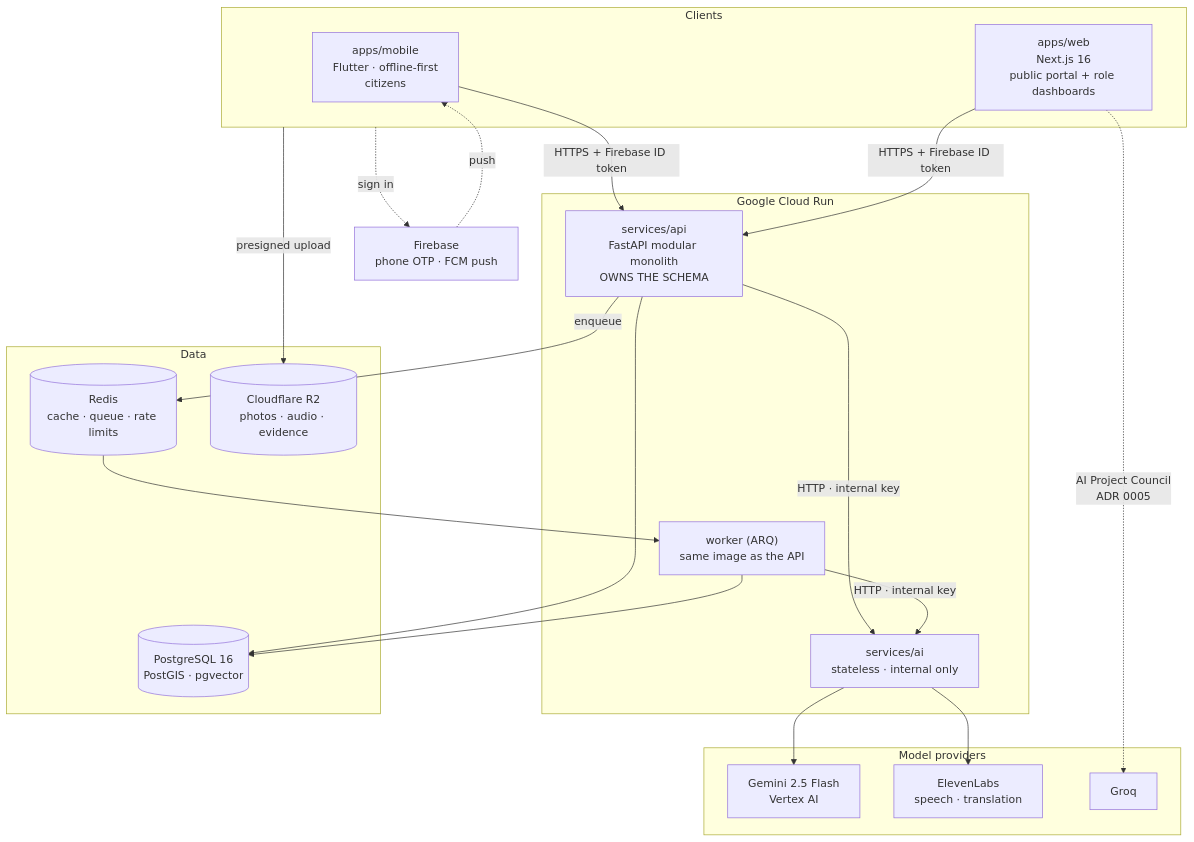
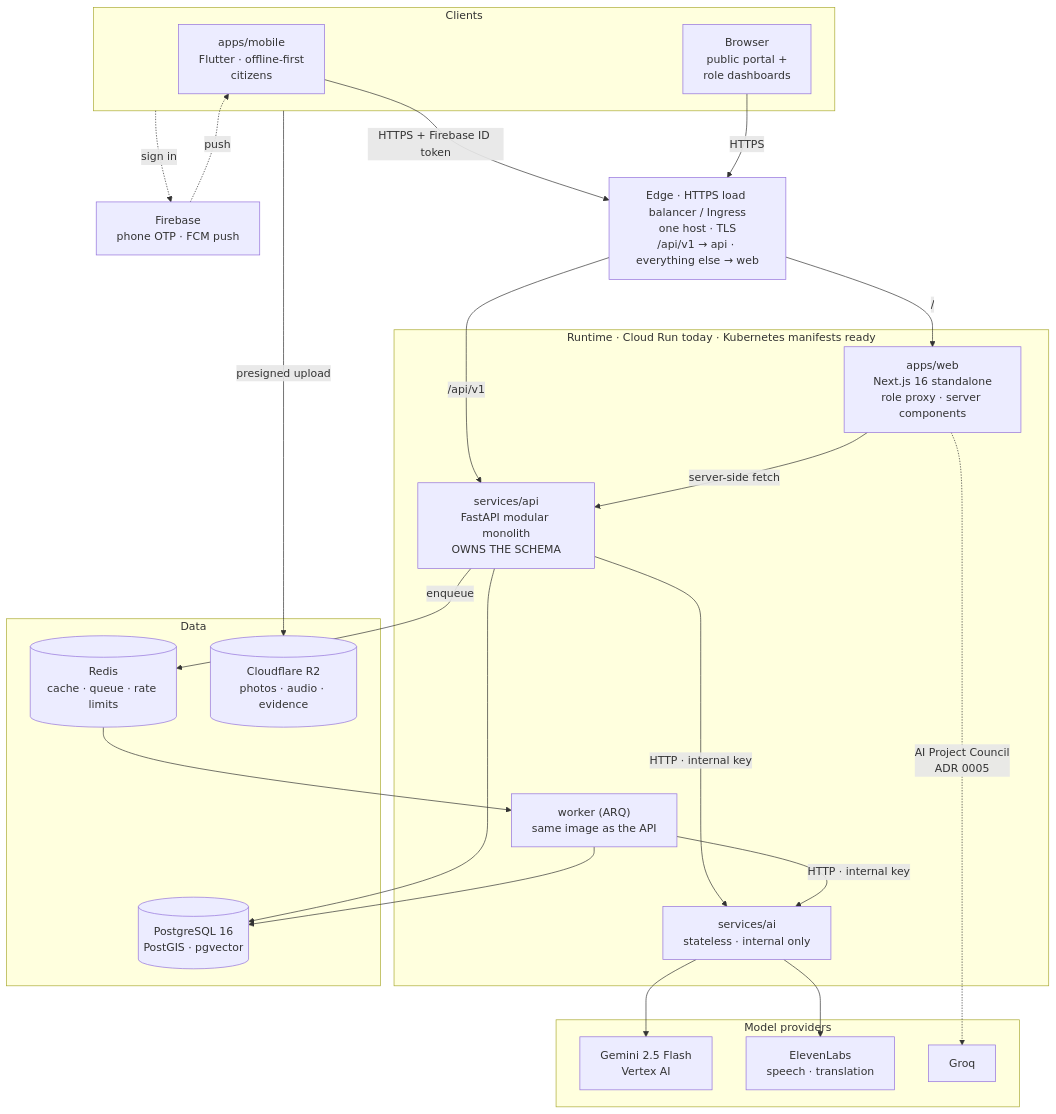
Before and after one commit to rokadepiyush49-rgb/JanMaang: the tenth of 13 diagrams in README.md, drawn with Mermaid. The commit also changed other lines of this file and 53 other files, not shown here.

````diff
--- a/README.md
+++ b/README.md
@@ -368,42 +479,47 @@
 ```mermaid
 flowchart TB
     subgraph clients["Clients"]
         MOB["apps/mobile<br/>Flutter · offline-first<br/>citizens"]
-        WEB["apps/web<br/>Next.js 16<br/>public portal + role dashboards"]
+        BRW["Browser<br/>public portal +<br/>role dashboards"]
     end
 
     FB["Firebase<br/>phone OTP · FCM push"]
+    EDGE["Edge · HTTPS load balancer / Ingress<br/>one host · TLS<br/>/api/v1 → api · everything else → web"]
 
-    subgraph run["Google Cloud Run"]
+    subgraph run["Runtime · Cloud Run today · Kubernetes manifests ready"]
+        WEB["apps/web<br/>Next.js 16 standalone<br/>role proxy · server components"]
         API["services/api<br/>FastAPI modular monolith<br/>OWNS THE SCHEMA"]
         WRK["worker (ARQ)<br/>same image as the API"]
         AIS["services/ai<br/>stateless · internal only"]
     end
 
     subgraph data["Data"]
         PG[("PostgreSQL 16<br/>PostGIS · pgvector")]
         RD[("Redis<br/>cache · queue · rate limits")]
         R2[("Cloudflare R2<br/>photos · audio · evidence")]
     end
 
     subgraph models["Model providers"]
         LLM["Gemini 2.5 Flash<br/>Vertex AI"]
         EL["ElevenLabs<br/>speech · translation"]
         GQ["Groq"]
     end
 
-    MOB -->|"HTTPS + Firebase ID token"| API
-    WEB -->|"HTTPS + Firebase ID token"| API
+    MOB -->|"HTTPS + Firebase ID token"| EDGE
+    BRW -->|"HTTPS"| EDGE
+    EDGE -->|"/"| WEB
+    EDGE -->|"/api/v1"| API
+    WEB -->|"server-side fetch"| API
     clients -.->|"sign in"| FB
     FB -.->|"push"| MOB
     clients -->|"presigned upload"| R2
     API --> PG
     API -->|"enqueue"| RD
     RD --> WRK
     WRK --> PG
     API -->|"HTTP · internal key"| AIS
     WRK -->|"HTTP · internal key"| AIS
     AIS --> LLM
     AIS --> EL
     WEB -.->|"AI Project Council<br/>ADR 0005"| GQ
 ```
````
